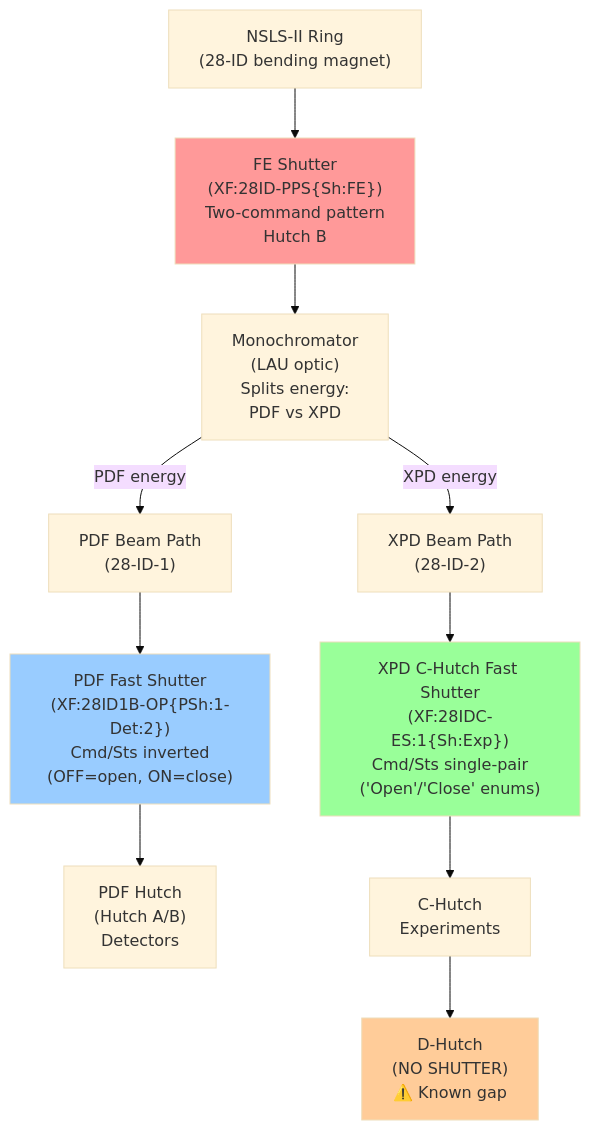
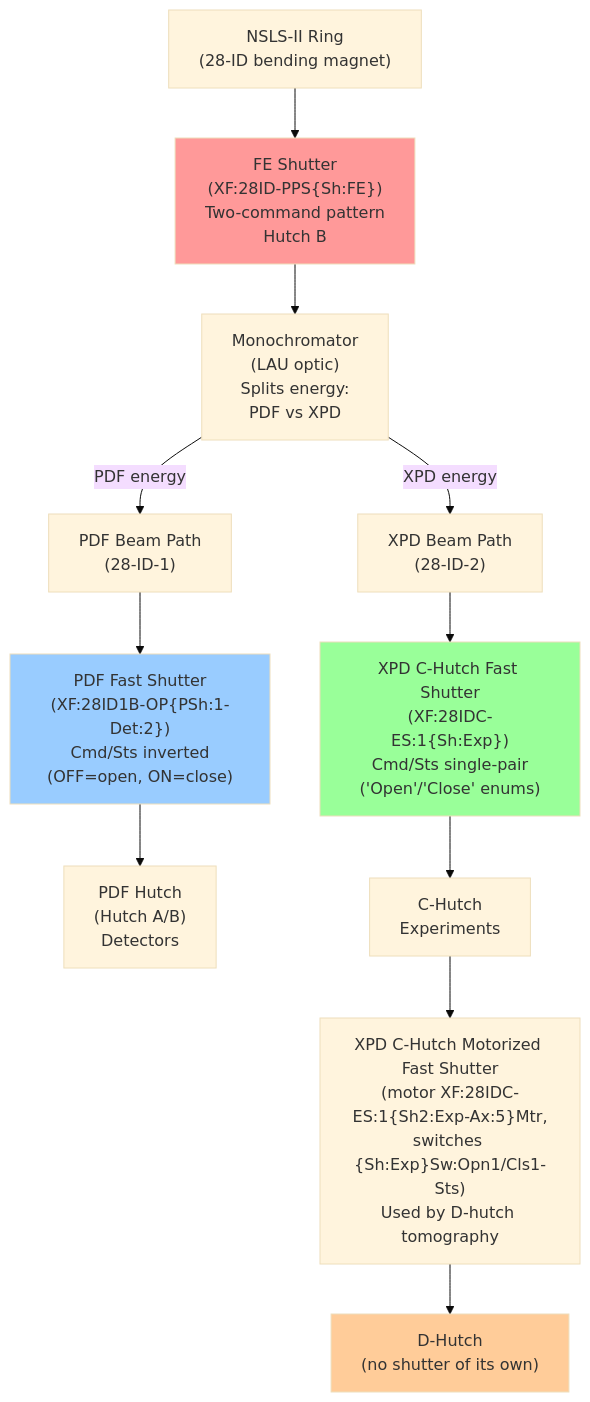
The diagram in SHUTTER_SYSTEM_ARCHITECTURE.md (NSLS2/xpd-tools), drawn with Mermaid (base theme) before and after one commit. The commit also changed other lines of this file, not shown here.

Commit message:
docs: D-hutch uses the C-hutch motorized fast shutter (per #63); photon shutter and angles as open questions

````diff
--- a/SHUTTER_SYSTEM_ARCHITECTURE.md
+++ b/SHUTTER_SYSTEM_ARCHITECTURE.md
@@ -16,33 +16,35 @@
 ```mermaid
 graph TD
     Ring["NSLS-II Ring<br/>(28-ID bending magnet)"]
     FE["FE Shutter<br/>(XF:28ID-PPS{Sh:FE})<br/>Two-command pattern<br/>Hutch B"]
     Mono["Monochromator<br/>(LAU optic)<br/>Splits energy:<br/>PDF vs XPD"]
     
     PDFPath["PDF Beam Path<br/>(28-ID-1)"]
     PDFFastSh["PDF Fast Shutter<br/>(XF:28ID1B-OP{PSh:1-Det:2})<br/>Cmd/Sts inverted<br/>(OFF=open, ON=close)"]
     PDFHutch["PDF Hutch<br/>(Hutch A/B)<br/>Detectors"]
     
     XPDPath["XPD Beam Path<br/>(28-ID-2)"]
     XPDCHutchSh["XPD C-Hutch Fast Shutter<br/>(XF:28IDC-ES:1{Sh:Exp})<br/>Cmd/Sts single-pair<br/>('Open'/'Close' enums)"]
     CHutch["C-Hutch<br/>Experiments"]
-    DHutch["D-Hutch<br/>(NO SHUTTER)<br/>⚠️ Known gap"]
+    MotorSh["XPD C-Hutch Motorized Fast Shutter<br/>(motor XF:28IDC-ES:1{Sh2:Exp-Ax:5}Mtr,<br/>switches {Sh:Exp}Sw:Opn1/Cls1-Sts)<br/>Used by D-hutch tomography"]
+    DHutch["D-Hutch<br/>(no shutter of its own)"]
     
     Ring --> FE
     FE --> Mono
     
     Mono -->|PDF energy| PDFPath
     Mono -->|XPD energy| XPDPath
     
     PDFPath --> PDFFastSh
     PDFFastSh --> PDFHutch
     
     XPDPath --> XPDCHutchSh
     XPDCHutchSh --> CHutch
-    CHutch --> DHutch
+    CHutch --> MotorSh
+    MotorSh --> DHutch
     
     style FE fill:#ff9999
     style PDFFastSh fill:#99ccff
     style XPDCHutchSh fill:#99ff99
     style DHutch fill:#ffcc99
 ```
````
